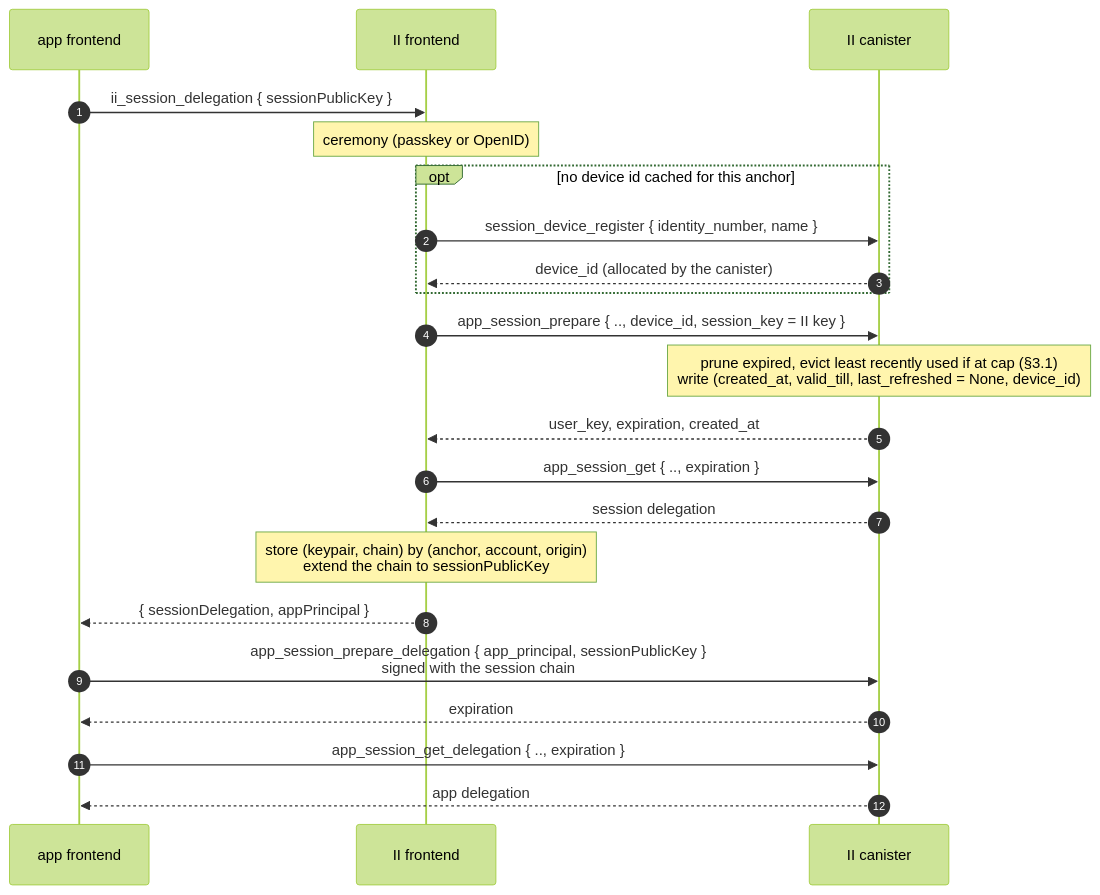
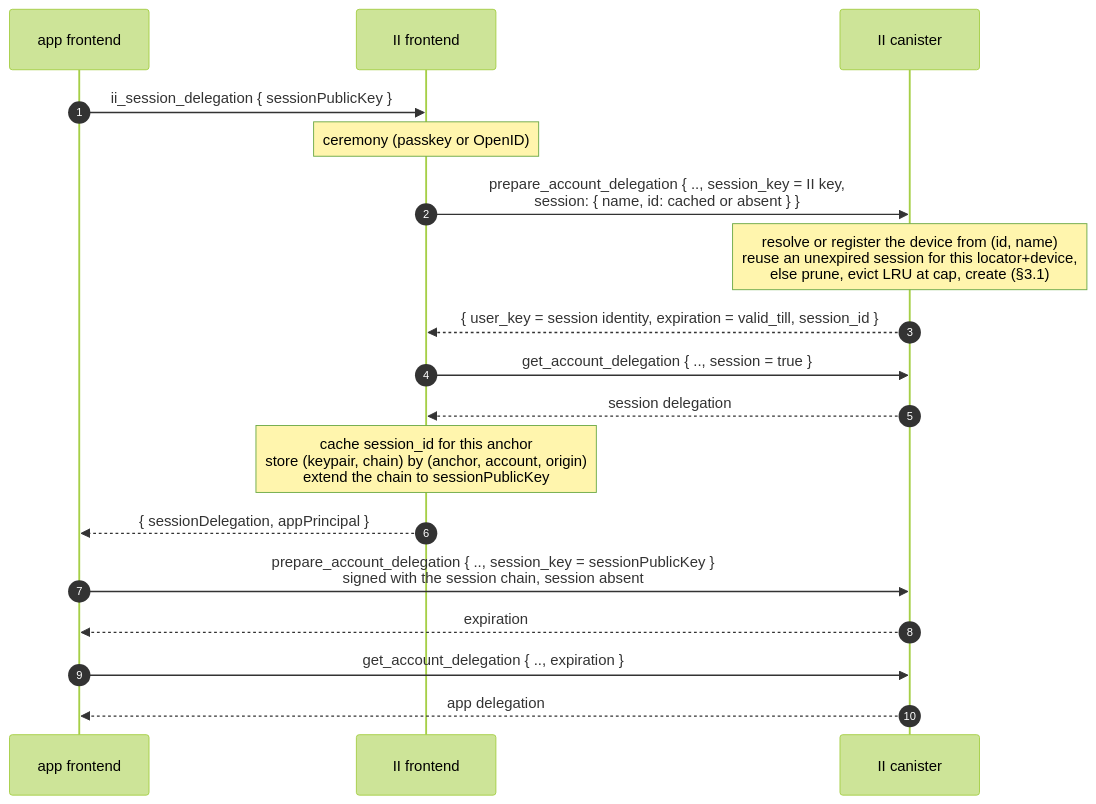
One commit to dfinity/internet-identity changed the third of 7 diagrams in docs/ongoing/revocable-app-sessions.md. Above: the diagram before and after it, drawn with Mermaid (forest theme). The commit also changed other lines of this file, not shown here.

````diff
--- a/docs/ongoing/revocable-app-sessions.md
+++ b/docs/ongoing/revocable-app-sessions.md
@@ -201,24 +207,20 @@
 ```mermaid
 sequenceDiagram
     autonumber
     participant App as app frontend
     participant IIF as II frontend
     participant IIC as II canister
     App->>IIF: ii_session_delegation { sessionPublicKey }
     Note over IIF: ceremony (passkey or OpenID)
-    opt no device id cached for this anchor
-        IIF->>IIC: session_device_register { identity_number, name }
-        IIC-->>IIF: device_id (allocated by the canister)
-    end
-    IIF->>IIC: app_session_prepare { .., device_id, session_key = II key }
-    Note over IIC: prune expired, evict least recently used if at cap (§3.1)<br/>write (created_at, valid_till, last_refreshed = None, device_id)
-    IIC-->>IIF: user_key, expiration, created_at
-    IIF->>IIC: app_session_get { .., expiration }
+    IIF->>IIC: prepare_account_delegation { .., session_key = II key,<br/>session: { name, id: cached or absent } }
+    Note over IIC: resolve or register the device from (id, name)<br/>reuse an unexpired session for this locator+device,<br/>else prune, evict LRU at cap, create (§3.1)
+    IIC-->>IIF: { user_key = session identity, expiration = valid_till, session_id }
+    IIF->>IIC: get_account_delegation { .., session = true }
     IIC-->>IIF: session delegation
-    Note over IIF: store (keypair, chain) by (anchor, account, origin)<br/>extend the chain to sessionPublicKey
+    Note over IIF: cache session_id for this anchor<br/>store (keypair, chain) by (anchor, account, origin)<br/>extend the chain to sessionPublicKey
     IIF-->>App: { sessionDelegation, appPrincipal }
-    App->>IIC: app_session_prepare_delegation { app_principal, sessionPublicKey }<br/>signed with the session chain
+    App->>IIC: prepare_account_delegation { .., session_key = sessionPublicKey }<br/>signed with the session chain, session absent
     IIC-->>App: expiration
-    App->>IIC: app_session_get_delegation { .., expiration }
+    App->>IIC: get_account_delegation { .., expiration }
     IIC-->>App: app delegation
 ```
````
